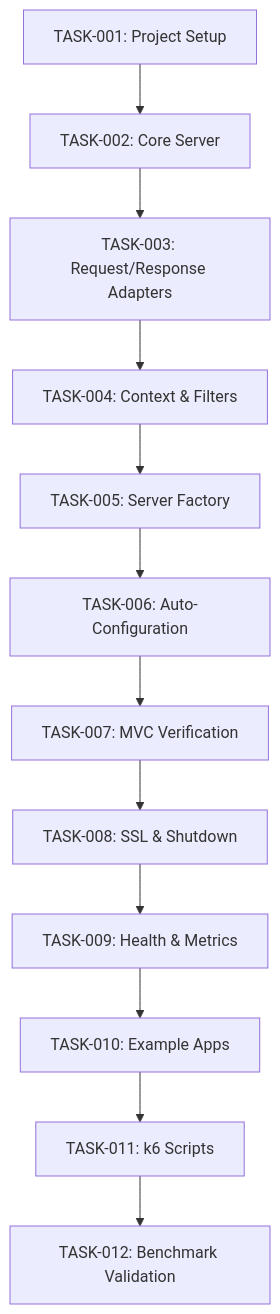
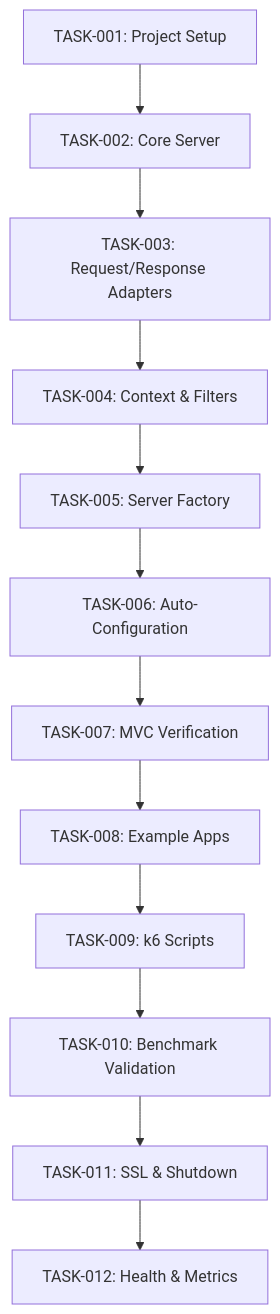
The diagram in .artifacts/2026-01-08-netty-loom-spring-boot-starter/TASKS.md (azholdaspaev/netty-loom-spring), drawn with Mermaid before and after one commit. The commit also changed other lines of this file, not shown here.

````diff
--- a/.artifacts/2026-01-08-netty-loom-spring-boot-starter/TASKS.md
+++ b/.artifacts/2026-01-08-netty-loom-spring-boot-starter/TASKS.md
@@ -322,14 +323,14 @@
 ```mermaid
 graph TD
     T1[TASK-001: Project Setup] --> T2[TASK-002: Core Server]
     T2 --> T3[TASK-003: Request/Response Adapters]
     T3 --> T4[TASK-004: Context & Filters]
     T4 --> T5[TASK-005: Server Factory]
     T5 --> T6[TASK-006: Auto-Configuration]
     T6 --> T7[TASK-007: MVC Verification]
-    T7 --> T8[TASK-008: SSL & Shutdown]
-    T8 --> T9[TASK-009: Health & Metrics]
-    T9 --> T10[TASK-010: Example Apps]
-    T10 --> T11[TASK-011: k6 Scripts]
-    T11 --> T12[TASK-012: Benchmark Validation]
+    T7 --> T8[TASK-008: Example Apps]
+    T8 --> T9[TASK-009: k6 Scripts]
+    T9 --> T10[TASK-010: Benchmark Validation]
+    T10 --> T11[TASK-011: SSL & Shutdown]
+    T11 --> T12[TASK-012: Health & Metrics]
 ```
````
